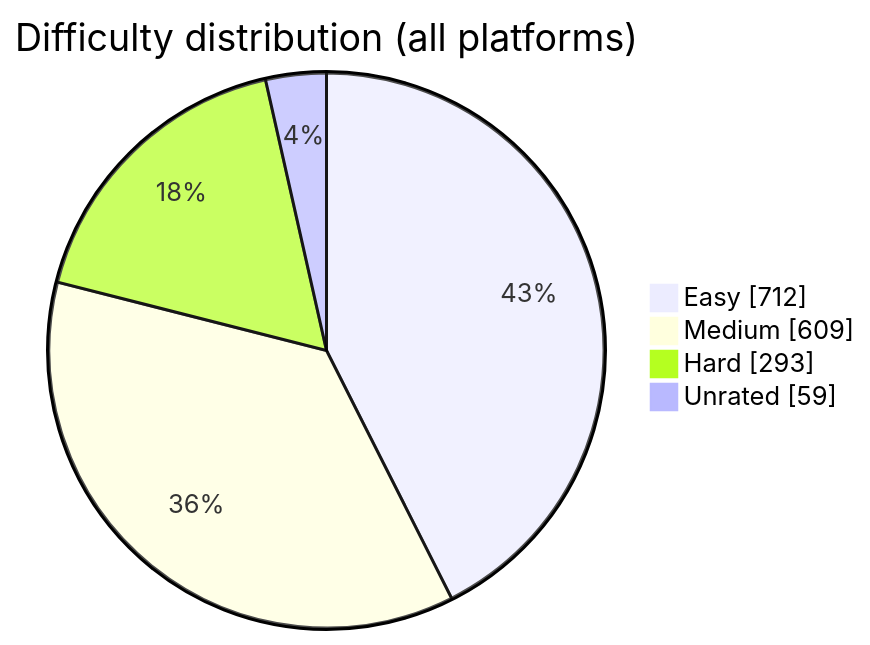
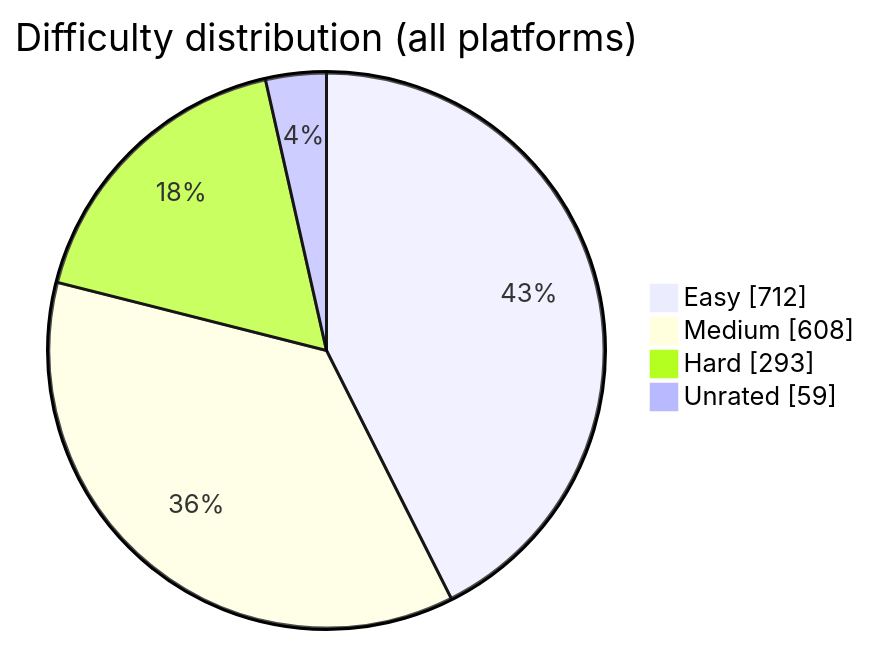
One commit to BuildbyArindam/Daily-Coding-Log changed the diagram in README.md. Above: the diagram before and after it, drawn with Mermaid. The commit also changed other lines of this file, not shown here.

````diff
--- a/README.md
+++ b/README.md
@@ -93,7 +93,7 @@
 ```mermaid
 pie showData title Difficulty distribution (all platforms)
     "Easy" : 712
-    "Medium" : 609
+    "Medium" : 608
     "Hard" : 293
     "Unrated" : 59
 ```
````
